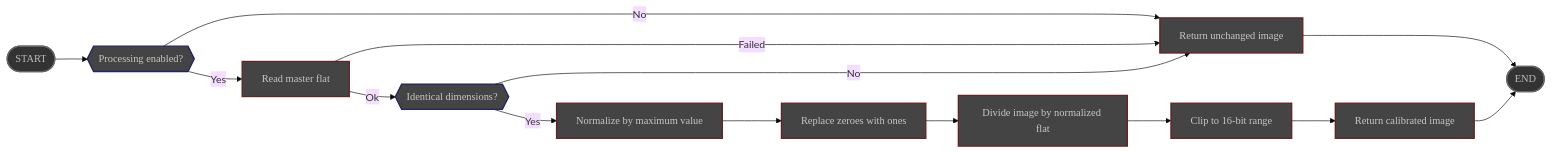
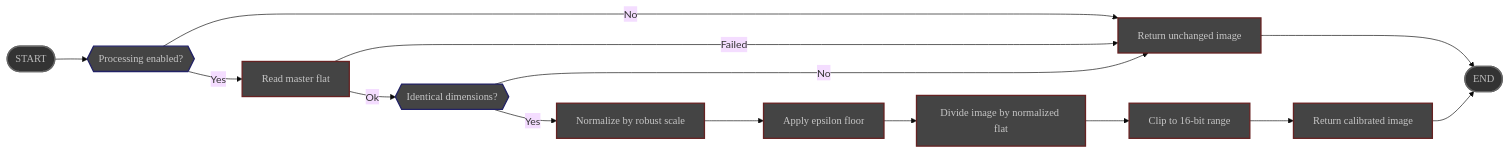
One commit to deufrai/als changed the diagram in website/content/en/docs/v1.0/reference/modules/preprocess/flat_calibrate.md. Above: the diagram before and after it, drawn with Mermaid (base theme). The commit also changed other lines of this file and 42 other files, not shown here.

````diff
--- a/website/content/en/docs/v1.0/reference/modules/preprocess/flat_calibrate.md
+++ b/website/content/en/docs/v1.0/reference/modules/preprocess/flat_calibrate.md
@@ -41,45 +41,45 @@
 ```mermaid
 graph LR
 
 START([START])
 
 TEST_ENABLED{{Processing enabled?}}
 READ_FLAT[Read master flat]
 TEST_SHAPE{{Identical dimensions?}}
-NORMALIZE[Normalize by maximum value]
-SAFEGUARD[Replace zeroes with ones]
+    NORMALIZE[Normalize by robust scale]
+    SAFEGUARD[Apply epsilon floor]
 DIVIDE[Divide image by normalized flat]
 CLIP[Clip to 16-bit range]
 RETURN[Return calibrated image]
 UNCHANGED[Return unchanged image]
 
 END([END])
 
 START --> TEST_ENABLED
 
 TEST_ENABLED ----->|No| UNCHANGED
 TEST_ENABLED -->|Yes| READ_FLAT
 
 READ_FLAT ----->|Failed| UNCHANGED
 READ_FLAT -->|Ok| TEST_SHAPE
 
 TEST_SHAPE ----->|No| UNCHANGED
 TEST_SHAPE -->|Yes| NORMALIZE
 
 NORMALIZE --> SAFEGUARD
 SAFEGUARD --> DIVIDE
 DIVIDE --> CLIP
 CLIP --> RETURN
 
 RETURN --> END
 UNCHANGED --> END
 
 classDef bounds fill: #333, stroke: #666, stroke-width: 2px, color: #BBB, font-family: 'Poppins', sans-serif
 classDef step fill: #444, stroke: #622, stroke-width:2px, color: #c6c6c6, font-family: 'Poppins',sans-serif
 classDef wait  fill: #444, stroke: #262,stroke-width: 2px, color: #c6c6c6, font-family:'Poppins', sans-serif
 classDef test fill: #444, stroke: #226, stroke-width: 2px, color: #c6c6c6, font-family: 'Poppins', sans-serif
 
 class TEST_ENABLED,TEST_SHAPE test
 class START,END bounds
 class RETURN,UNCHANGED,READ_FLAT,NORMALIZE,SAFEGUARD,DIVIDE,CLIP step
 ```
````
